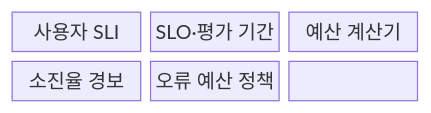
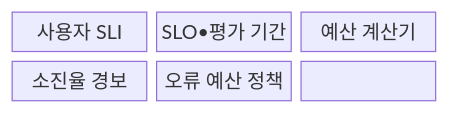
Before and after one commit to agnusdei1207/knowledge-base: the first of 2 diagrams in src/content/docs/notes/08-latest-tech/174_error_budget.md, drawn with Mermaid. The commit also changed other lines of this file and 953 other files, not shown here.

````diff
--- a/src/content/docs/notes/08-latest-tech/174_error_budget.md
+++ b/src/content/docs/notes/08-latest-tech/174_error_budget.md
@@ -65,11 +65,11 @@
 ```mermaid
 block-beta
   columns 3
   N0["사용자 SLI"]
-  N1["SLO·평가 기간"]
+  N1["SLO•평가 기간"]
   N2["예산 계산기"]
   N3["소진율 경보"]
   N4["오류 예산 정책"]
   N0 --- N1 --- N2
   N2 --- N3 --- N4
 ```
````
